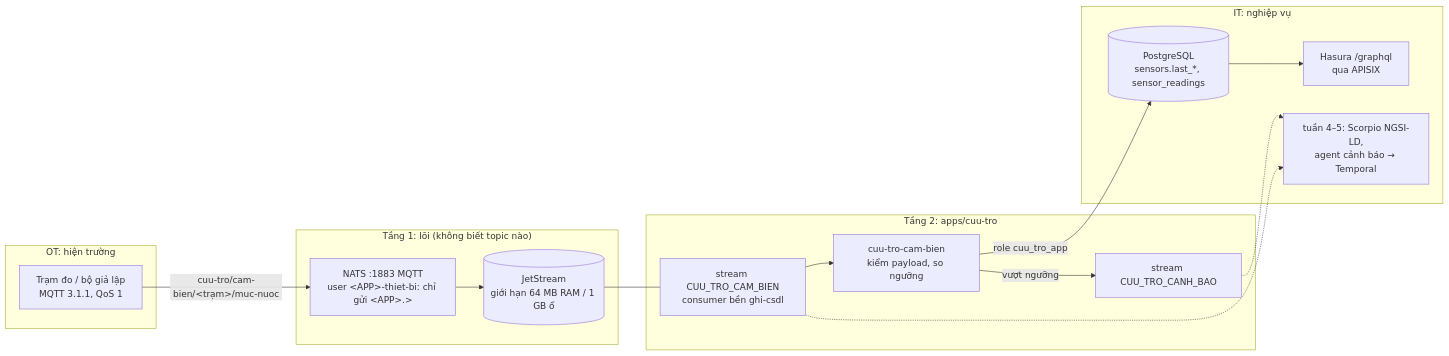
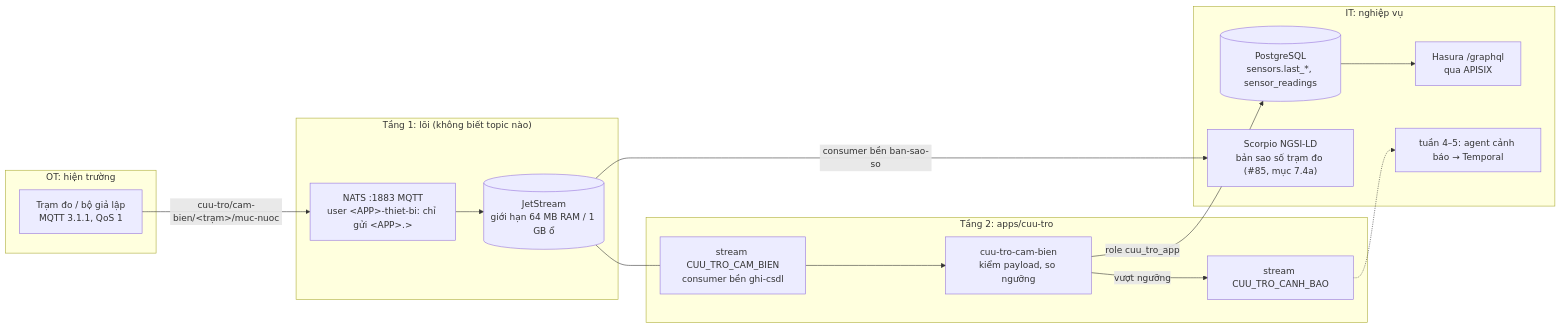
Before and after one commit to disaster-dxos/disaster-dxos: diagram 13 of 17 in docs/architecture.md, drawn with Mermaid. The commit also changed other lines of this file and 37 other files, not shown here.

First line of the commit message:
feat(cam-bien): trận lũ mẫu 9 trạm miền Trung và bản sao số trạm đo NGSI-LD trên Scorpio (#84, #85)

````diff
--- a/docs/architecture.md
+++ b/docs/architecture.md
@@ -630,25 +633,26 @@
 ```mermaid
 flowchart LR
   subgraph ot["OT: hiện trường"]
     dev["Trạm đo / bộ giả lập<br/>MQTT 3.1.1, QoS 1"]
   end
   subgraph core["Tầng 1: lõi (không biết topic nào)"]
     mq["NATS :1883 MQTT<br/>user &lt;APP&gt;-thiet-bi: chỉ gửi &lt;APP&gt;.&gt;"]
     js[("JetStream<br/>giới hạn 64 MB RAM / 1 GB ổ")]
     mq --> js
   end
   subgraph app["Tầng 2: apps/cuu-tro"]
     st["stream CUU_TRO_CAM_BIEN<br/>consumer bền ghi-csdl"]
     cs["cuu-tro-cam-bien<br/>kiểm payload, so ngưỡng"]
     cb["stream CUU_TRO_CANH_BAO"]
   end
   subgraph it["IT: nghiệp vụ"]
     db[("PostgreSQL<br/>sensors.last_*, sensor_readings")]
     gql["Hasura /graphql<br/>qua APISIX"]
-    later["tuần 4–5: Scorpio NGSI-LD,<br/>agent cảnh báo → Temporal"]
+    twin["Scorpio NGSI-LD<br/>bản sao số trạm đo (#85, mục 7.4a)"]
+    later["tuần 4–5: agent cảnh báo → Temporal"]
   end
   dev -->|"cuu-tro/cam-bien/&lt;trạm&gt;/muc-nuoc"| mq
   js --- st --> cs -->|"role cuu_tro_app"| db --> gql
   cs -->|"vượt ngưỡng"| cb -.-> later
-  st -.-> later
+  js -->|"consumer bền ban-sao-so"| twin
 ```
````
